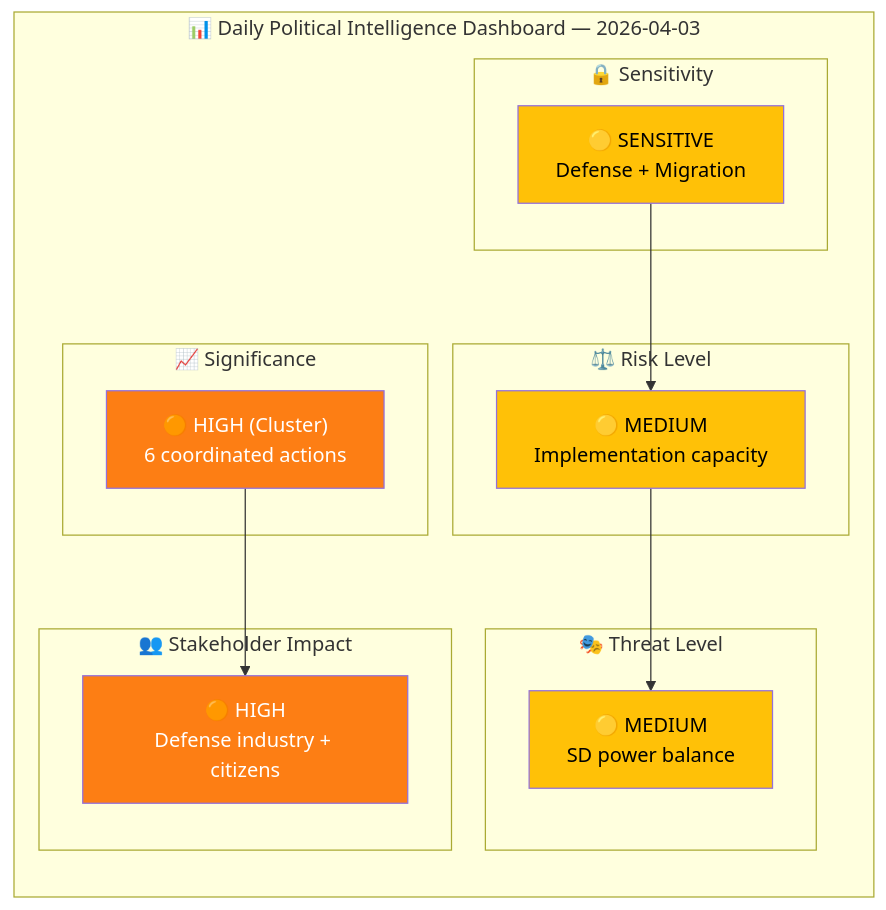
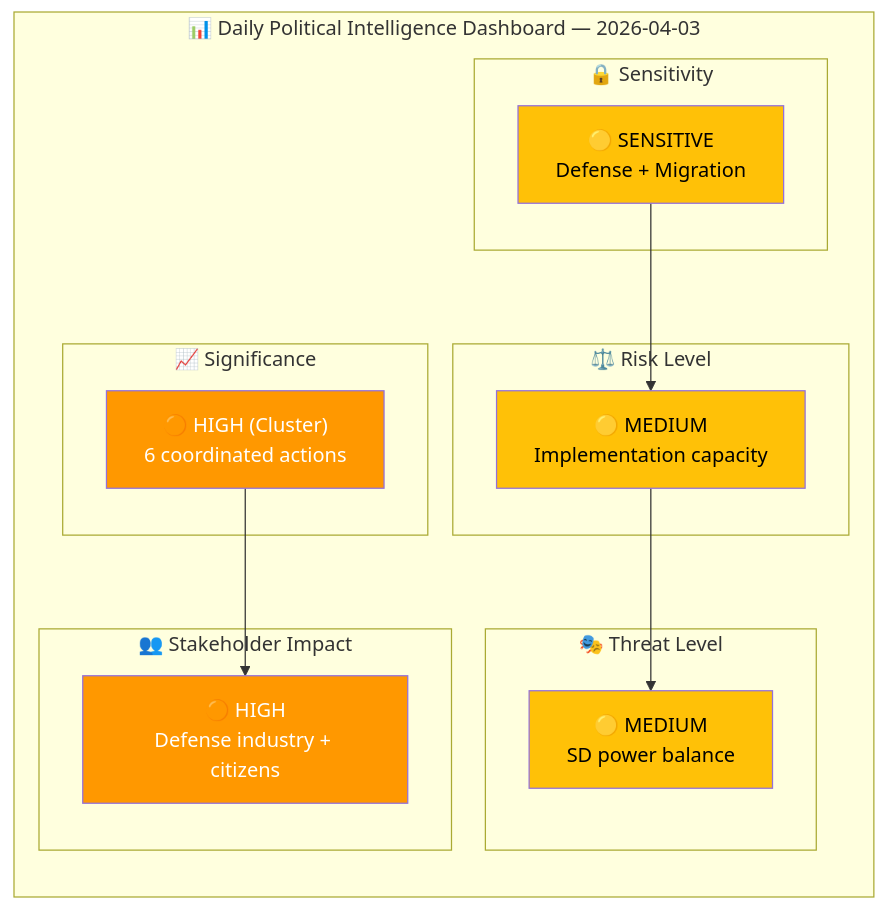
Before and after one commit to Hack23/riksdagsmonitor: the first of 3 diagrams in analysis/daily/2026-04-03/realtime-1018/synthesis-summary.md, drawn with Mermaid. The commit also changed other lines of this file and 785 other files, not shown here.

First line of the commit message:
Normalize mermaid colors across 786 analysis artifacts to ISMS Style Guide palette

````diff
--- a/analysis/daily/2026-04-03/realtime-1018/synthesis-summary.md
+++ b/analysis/daily/2026-04-03/realtime-1018/synthesis-summary.md
@@ -20,31 +20,31 @@
 ```mermaid
 graph TD
     subgraph "📊 Daily Political Intelligence Dashboard — 2026-04-03"
         direction TB
         subgraph "🔒 Sensitivity"
             SEN["🟡 SENSITIVE<br/>Defense + Migration"]
         end
         subgraph "⚖️ Risk Level"
             RSK["🟡 MEDIUM<br/>Implementation capacity"]
         end
         subgraph "🎭 Threat Level"
             THR["🟡 MEDIUM<br/>SD power balance"]
         end
         subgraph "📈 Significance"
             SIG["🟠 HIGH (Cluster)<br/>6 coordinated actions"]
         end
         subgraph "👥 Stakeholder Impact"
             STK["🟠 HIGH<br/>Defense industry + citizens"]
         end
     end
 
     SEN --> RSK
     RSK --> THR
     SIG --> STK
 
-    style SEN fill:#ffc107,color:#000
-    style RSK fill:#ffc107,color:#000
-    style THR fill:#ffc107,color:#000
-    style SIG fill:#fd7e14,color:#fff
-    style STK fill:#fd7e14,color:#fff
+    style SEN fill:#FFC107,color:#000000
+    style RSK fill:#FFC107,color:#000000
+    style THR fill:#FFC107,color:#000000
+    style SIG fill:#FF9800,color:#FFFFFF
+    style STK fill:#FF9800,color:#FFFFFF
 ```
````
